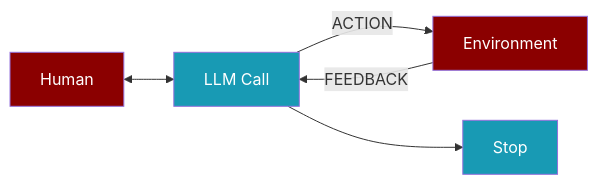
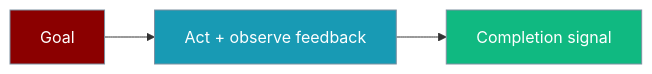
One commit to MervinPraison/PraisonAIDocs changed the first of 3 diagrams in docs/features/autonomous-workflow.mdx. Above: the diagram before and after it, drawn with Mermaid. The commit also changed other lines of this file and 9 other files, not shown here.

````diff
--- a/docs/features/autonomous-workflow.mdx
+++ b/docs/features/autonomous-workflow.mdx
@@ -17,13 +17,12 @@
 ```mermaid
-flowchart LR
-    Human[Human] <--> LLM[LLM Call]
-    LLM -->|ACTION| Environment[Environment]
-    Environment -->|FEEDBACK| LLM
-    LLM --> Stop[Stop]
-    
-    classDef agent fill:#8B0000,color:#fff
-    classDef tool fill:#189AB4,color:#fff
-    
-    class Human,Environment agent
-    class LLM,Stop tool
+graph LR
+    Goal[Goal] --> Loop[Act + observe feedback]
+    Loop --> Stop[Completion signal]
+
+    classDef input fill:#8B0000,stroke:#7C90A0,color:#fff
+    classDef process fill:#189AB4,stroke:#7C90A0,color:#fff
+    classDef output fill:#10B981,stroke:#7C90A0,color:#fff
+    class Goal input
+    class Loop process
+    class Stop output
 ```
````
